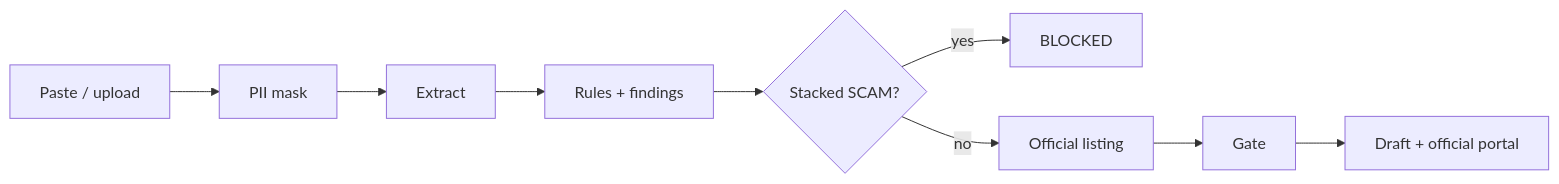
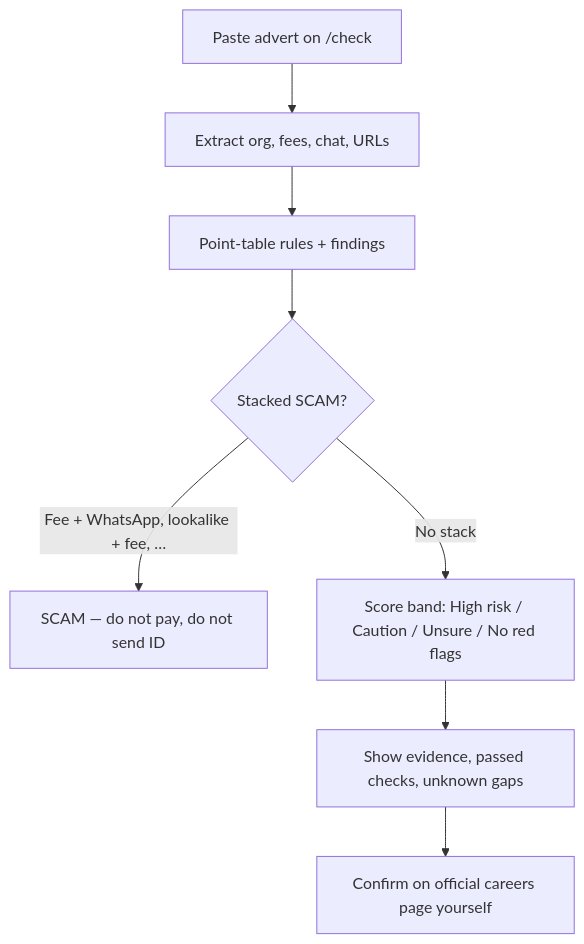
One commit to immaculate-munde/kazi-check changed the first of 2 diagrams in README.md. Above: the diagram before and after it, drawn with Mermaid. The commit also changed other lines of this file, not shown here.

First line of the commit message:
docs: add user flows and the security controls we actually ship

````diff
--- a/README.md
+++ b/README.md
@@ -52,11 +61,10 @@
 ```mermaid
-flowchart LR
-  A[Paste / upload] --> B[PII mask]
-  B --> C[Extract]
-  C --> D[Rules + findings]
-  D --> E{Stacked SCAM?}
-  E -->|yes| F[BLOCKED]
-  E -->|no| G[Official listing]
-  G --> H[Gate]
-  H --> I[Draft + official portal]
+flowchart TD
+  A[Paste advert on /check] --> B[Extract org, fees, chat, URLs]
+  B --> C[Point-table rules + findings]
+  C --> D{Stacked SCAM?}
+  D -->|Fee + WhatsApp, lookalike + fee, …| E[SCAM — do not pay, do not send ID]
+  D -->|No stack| F[Score band: High risk / Caution / Unsure / No red flags]
+  F --> G[Show evidence, passed checks, unknown gaps]
+  G --> H[Confirm on official careers page yourself]
 ```
````
